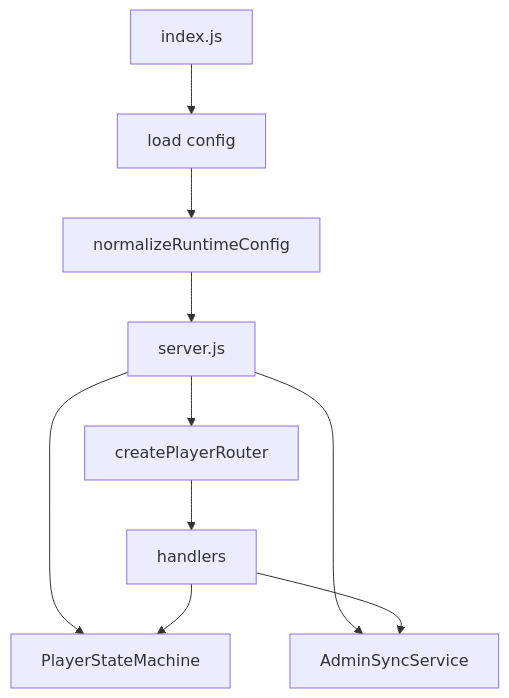
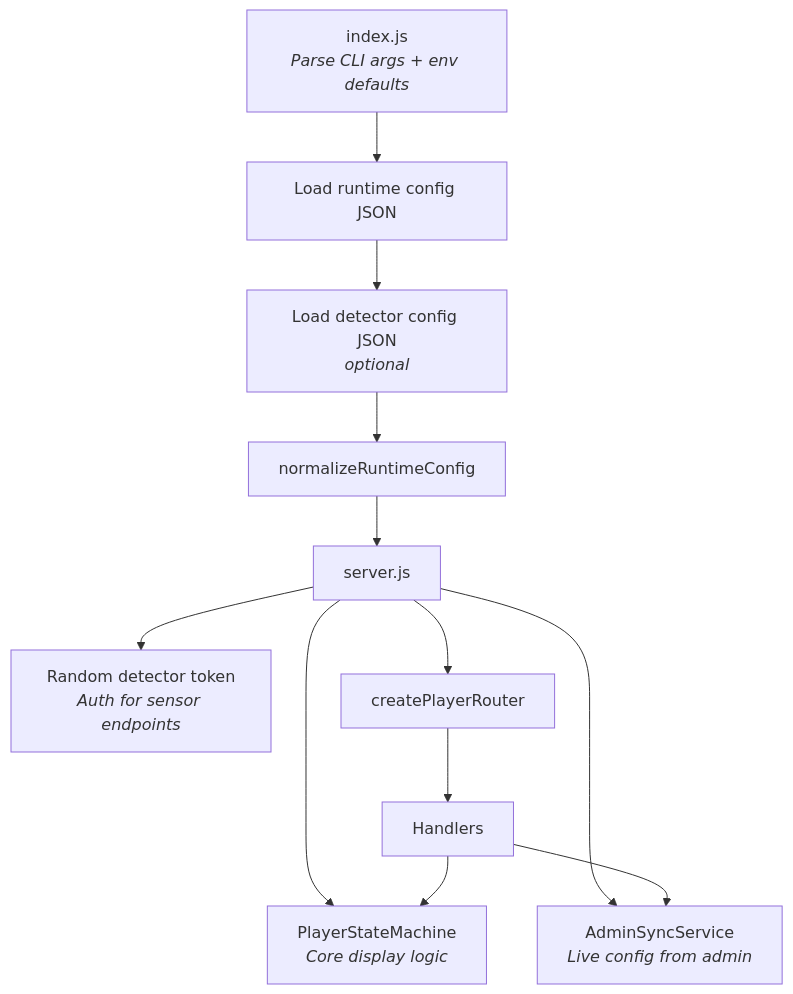
One commit to fergouchyahya/IDS changed the first of 5 diagrams in docs/architecture/player.md. Above: the diagram before and after it, drawn with Mermaid. The commit also changed other lines of this file and 14 other files, not shown here.

````diff
--- a/docs/architecture/player.md
+++ b/docs/architecture/player.md
@@ -35,12 +27,17 @@
 ```mermaid
 flowchart TD
-    A[index.js] --> B[load config]
-    B --> C[normalizeRuntimeConfig]
-    C --> D[server.js]
-    D --> E[PlayerStateMachine]
-    D --> F[AdminSyncService]
-    D --> G[createPlayerRouter]
-    G --> H[handlers]
-    H --> E
-    H --> F
+    A[index.js<br/><i>Parse CLI args + env defaults</i>]
+    A --> B[Load runtime config JSON]
+    B --> C[Load detector config JSON<br/><i>optional</i>]
+    C --> D[normalizeRuntimeConfig]
+    D --> E[server.js]
+
+    E --> F[PlayerStateMachine<br/><i>Core display logic</i>]
+    E --> G[Random detector token<br/><i>Auth for sensor endpoints</i>]
+    E --> H[AdminSyncService<br/><i>Live config from admin</i>]
+    E --> I[createPlayerRouter]
+
+    I --> J[Handlers]
+    J --> F
+    J --> H
 ```
````
